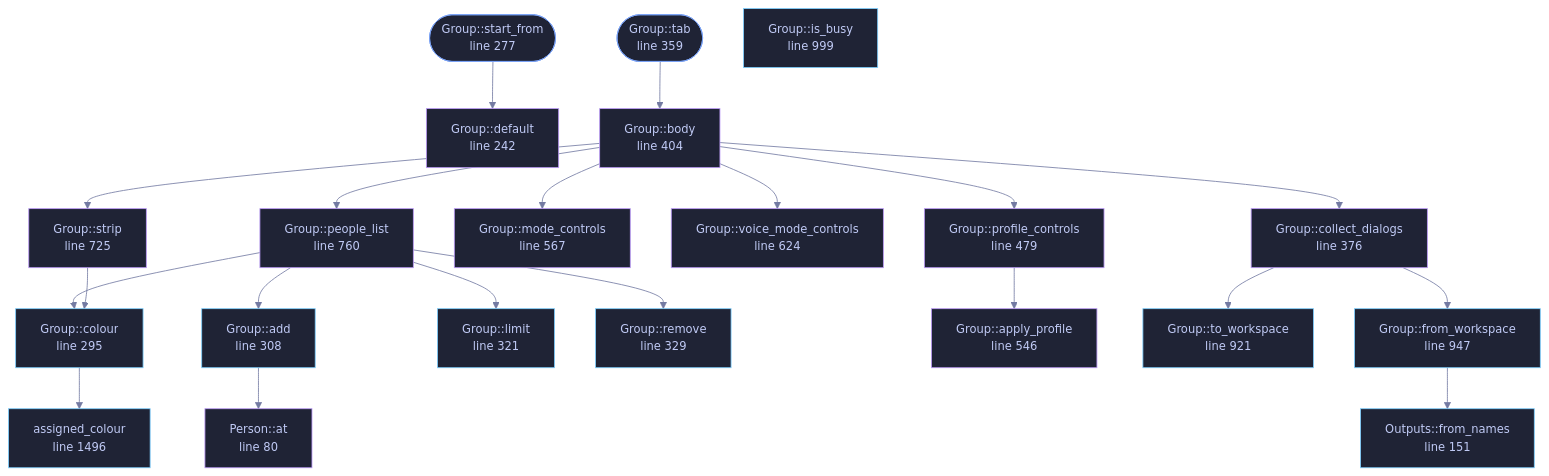
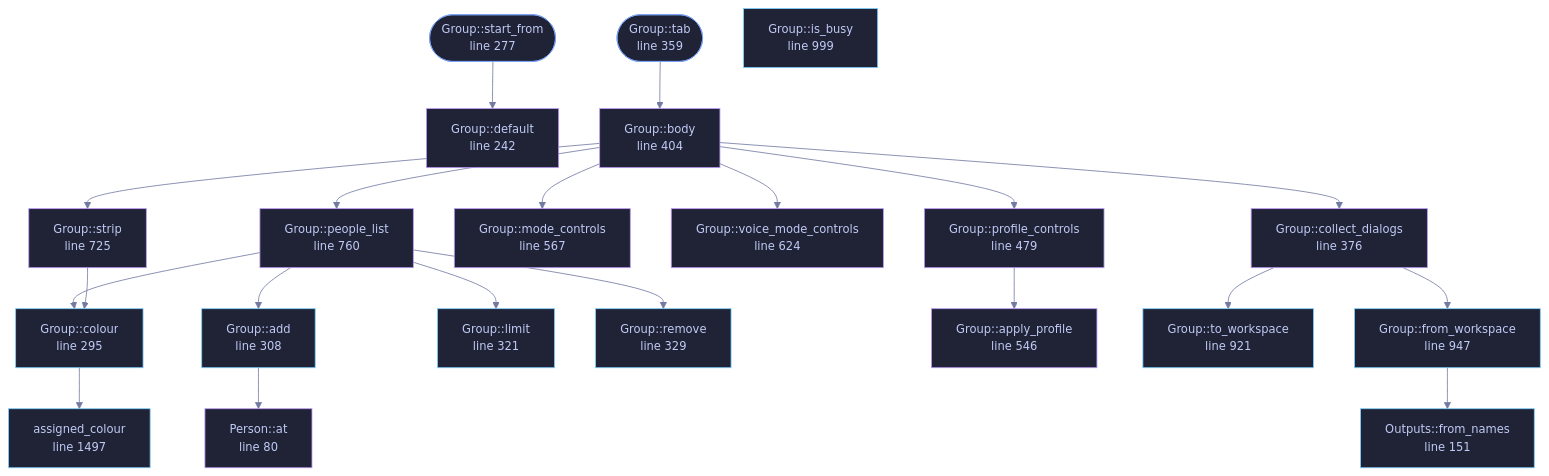
The diagram in docs/files/veilvoice-gui/group.md (tilas01/veilvoice), drawn with Mermaid before and after one commit. The commit also changed other lines of this file and 47 other files, not shown here.

````diff
--- a/docs/files/veilvoice-gui/group.md
+++ b/docs/files/veilvoice-gui/group.md
@@ -125,73 +125,73 @@
 ```mermaid
 %%{init: {"theme":"base","themeVariables":{"background":"#1a1b26","primaryColor":"#1f2335","primaryTextColor":"#c0caf5","primaryBorderColor":"#7aa2f7","secondaryColor":"#16161e","tertiaryColor":"#16161e","lineColor":"#737aa2","textColor":"#c0caf5","mainBkg":"#1f2335","nodeBorder":"#7aa2f7","clusterBkg":"#16161e","clusterBorder":"#2f3549","fontFamily":"ui-monospace, SFMono-Regular, Consolas, monospace","fontSize":"14px"}}}%%
 flowchart TD
     n_at["Person::at<br/>line 80"]
     n_default["Outputs::default<br/>line 112"]
     n_from_names["Outputs::from_names<br/>line 151"]
     n_default["Group::default<br/>line 242"]
     n_start_from(["Group::start_from<br/>line 277"])
     n_colour["Group::colour<br/>line 295"]
     n_add["Group::add<br/>line 308"]
     n_limit["Group::limit<br/>line 321"]
     n_remove["Group::remove<br/>line 329"]
     n_tab(["Group::tab<br/>line 359"])
     n_collect_dialogs["Group::collect_dialogs<br/>line 376"]
     n_body["Group::body<br/>line 404"]
     n_profile_controls["Group::profile_controls<br/>line 479"]
     n_apply_profile["Group::apply_profile<br/>line 546"]
     n_mode_controls["Group::mode_controls<br/>line 567"]
     n_voice_mode_controls["Group::voice_mode_controls<br/>line 624"]
     n_strip["Group::strip<br/>line 725"]
     n_people_list["Group::people_list<br/>line 760"]
     n_to_workspace["Group::to_workspace<br/>line 921"]
     n_from_workspace["Group::from_workspace<br/>line 947"]
     n_is_busy["Group::is_busy<br/>line 999"]
-    n_assigned_colour["assigned_colour<br/>line 1496"]
+    n_assigned_colour["assigned_colour<br/>line 1497"]
     n_add --> n_at
     n_body --> n_collect_dialogs
     n_body --> n_mode_controls
     n_body --> n_people_list
     n_body --> n_profile_controls
     n_body --> n_strip
     n_body --> n_voice_mode_controls
     n_collect_dialogs --> n_from_workspace
     n_collect_dialogs --> n_to_workspace
     n_colour --> n_assigned_colour
     n_from_workspace --> n_from_names
     n_people_list --> n_add
     n_people_list --> n_colour
     n_people_list --> n_limit
     n_people_list --> n_remove
     n_profile_controls --> n_apply_profile
     n_start_from --> n_default
     n_strip --> n_colour
     n_tab --> n_body
     click n_at href "https://github.com/tilas01/veilvoice/blob/main/crates/veilvoice-gui/src/group.rs#L80" "open the source"
     click n_default href "https://github.com/tilas01/veilvoice/blob/main/crates/veilvoice-gui/src/group.rs#L112" "open the source"
     click n_from_names href "https://github.com/tilas01/veilvoice/blob/main/crates/veilvoice-gui/src/group.rs#L151" "open the source"
     click n_default href "https://github.com/tilas01/veilvoice/blob/main/crates/veilvoice-gui/src/group.rs#L242" "open the source"
     click n_start_from href "https://github.com/tilas01/veilvoice/blob/main/crates/veilvoice-gui/src/group.rs#L277" "open the source"
     click n_colour href "https://github.com/tilas01/veilvoice/blob/main/crates/veilvoice-gui/src/group.rs#L295" "open the source"
     click n_add href "https://github.com/tilas01/veilvoice/blob/main/crates/veilvoice-gui/src/group.rs#L308" "open the source"
     click n_limit href "https://github.com/tilas01/veilvoice/blob/main/crates/veilvoice-gui/src/group.rs#L321" "open the source"
     click n_remove href "https://github.com/tilas01/veilvoice/blob/main/crates/veilvoice-gui/src/group.rs#L329" "open the source"
     click n_tab href "https://github.com/tilas01/veilvoice/blob/main/crates/veilvoice-gui/src/group.rs#L359" "open the source"
     click n_collect_dialogs href "https://github.com/tilas01/veilvoice/blob/main/crates/veilvoice-gui/src/group.rs#L376" "open the source"
     click n_body href "https://github.com/tilas01/veilvoice/blob/main/crates/veilvoice-gui/src/group.rs#L404" "open the source"
     click n_profile_controls href "https://github.com/tilas01/veilvoice/blob/main/crates/veilvoice-gui/src/group.rs#L479" "open the source"
     click n_apply_profile href "https://github.com/tilas01/veilvoice/blob/main/crates/veilvoice-gui/src/group.rs#L546" "open the source"
     click n_mode_controls href "https://github.com/tilas01/veilvoice/blob/main/crates/veilvoice-gui/src/group.rs#L567" "open the source"
     click n_voice_mode_controls href "https://github.com/tilas01/veilvoice/blob/main/crates/veilvoice-gui/src/group.rs#L624" "open the source"
     click n_strip href "https://github.com/tilas01/veilvoice/blob/main/crates/veilvoice-gui/src/group.rs#L725" "open the source"
     click n_people_list href "https://github.com/tilas01/veilvoice/blob/main/crates/veilvoice-gui/src/group.rs#L760" "open the source"
     click n_to_workspace href "https://github.com/tilas01/veilvoice/blob/main/crates/veilvoice-gui/src/group.rs#L921" "open the source"
     click n_from_workspace href "https://github.com/tilas01/veilvoice/blob/main/crates/veilvoice-gui/src/group.rs#L947" "open the source"
     click n_is_busy href "https://github.com/tilas01/veilvoice/blob/main/crates/veilvoice-gui/src/group.rs#L999" "open the source"
-    click n_assigned_colour href "https://github.com/tilas01/veilvoice/blob/main/crates/veilvoice-gui/src/group.rs#L1496" "open the source"
+    click n_assigned_colour href "https://github.com/tilas01/veilvoice/blob/main/crates/veilvoice-gui/src/group.rs#L1497" "open the source"
     classDef entry fill:#1f2335,stroke:#7aa2f7,color:#c0caf5
     class n_start_from,n_tab entry
     classDef api fill:#1f2335,stroke:#7dcfff,color:#c0caf5
     class n_from_names,n_colour,n_add,n_limit,n_remove,n_to_workspace,n_from_workspace,n_is_busy,n_assigned_colour api
     classDef helper fill:#1f2335,stroke:#bb9af7,color:#c0caf5
     class n_at,n_default,n_default,n_collect_dialogs,n_body,n_profile_controls,n_apply_profile,n_mode_controls,n_voice_mode_controls,n_strip,n_people_list helper
 ```
````
